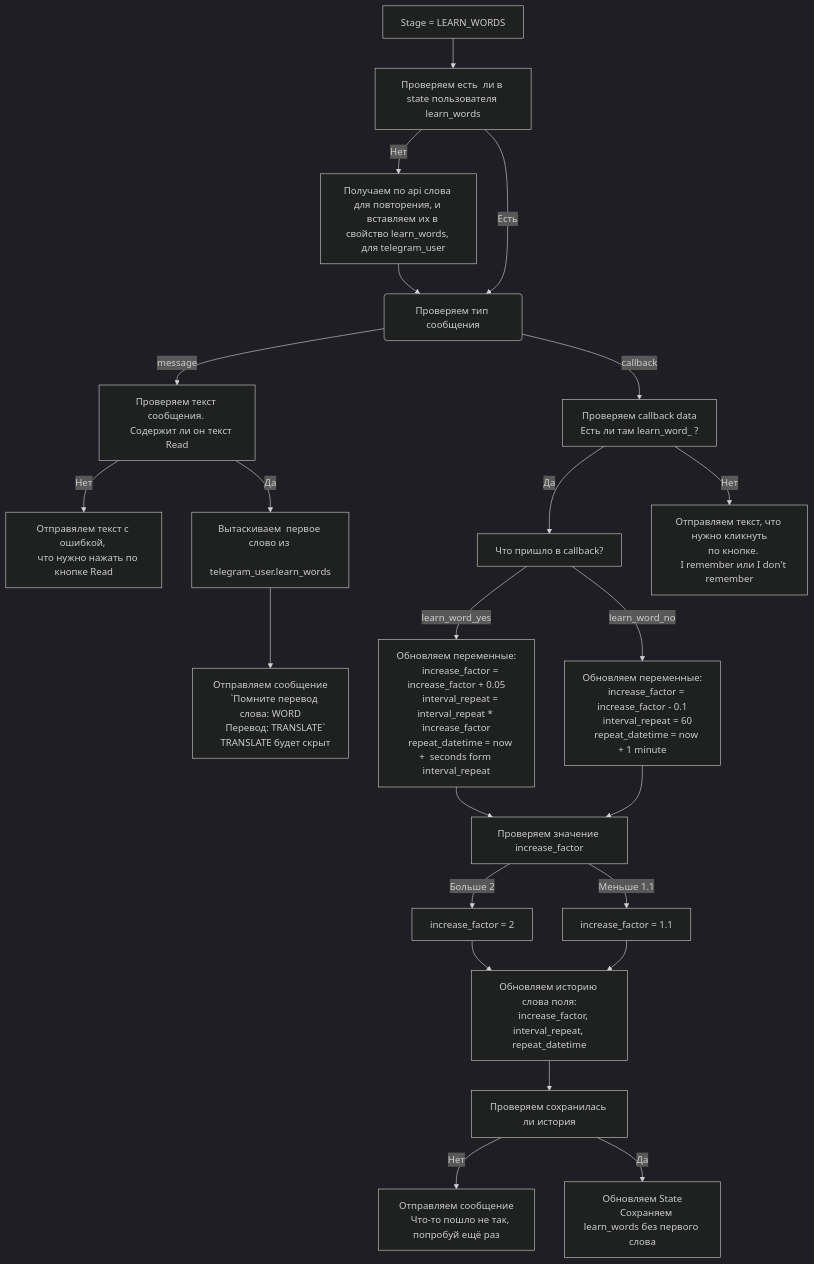
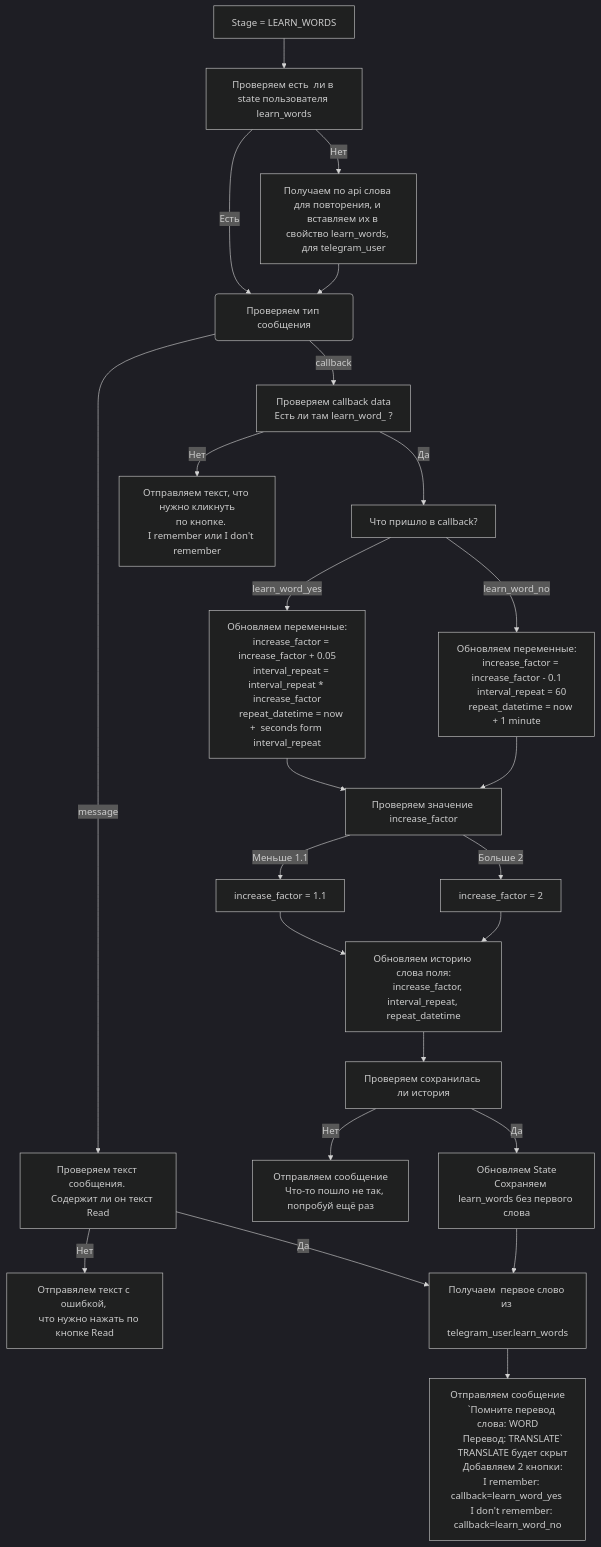
The diagram in documentation/leran_words.md (psgaiduk/learning_en_telegram_bot), drawn with Mermaid (dark theme) before and after one commit.

Commit message:
docs(documentation): update get_first_word in LEARN_WORDS

````diff
--- a/documentation/leran_words.md
+++ b/documentation/leran_words.md
@@ -1,54 +1,59 @@
 ```mermaid
 graph TD;
     start[Stage = LEARN_WORDS] --> check_state_words[Проверяем есть  ли в state пользователя learn_words];
     check_state_words-->|Нет| dont_have_words[
     Получаем по api слова для повторения, и 
     вставляем их в свойство learn_words, 
     для telegram_user
     ]
     check_state_words --> |Есть| check_type_message(Проверяем тип сообщения)
     dont_have_words --> check_type_message
-    check_type_message --> |message| check_test_message[Проверяем текст сообщения. 
+    check_type_message --> |message| check_text_message[Проверяем текст сообщения. 
     Содержит ли он текст Read]
     check_type_message --> |callback| check_callback_data[Проверяем callback data
     Есть ли там learn_word_ ?]
-    check_test_message --> |Нет| wrong_text_message[Отправялем текст с ошибкой, 
+    check_text_message --> |Нет| wrong_text_message[Отправялем текст с ошибкой, 
     что нужно нажать по кнопке Read]
-    check_test_message --> |Да| get_first_word[Вытаскиваем  первое слово из 
-    telegram_user.learn_words]
     check_callback_data --> |Да| check_callback_answer[Что пришло в callback?]
     check_callback_answer --> |learn_word_yes| remember_word[Обновляем переменные:
     increase_factor = increase_factor + 0.05
     interval_repeat = interval_repeat * increase_factor
     repeat_datetime = now +  seconds form interval_repeat]
     check_callback_answer --> |learn_word_no| dont_remember_word[Обновляем переменные:
     increase_factor = increase_factor - 0.1
     interval_repeat = 60
     repeat_datetime = now + 1 minute]
     remember_word --> check_increase_factor[Проверяем значение increase_factor]
     dont_remember_word --> check_increase_factor
     check_increase_factor --> |Больше 2| more_2_increase_factor[increase_factor = 2]
     check_increase_factor --> |Меньше 1.1| less_1.1_increase_factor[increase_factor = 1.1]
     less_1.1_increase_factor --> save_words_history
     more_2_increase_factor --> save_words_history[
     Обновляем историю слова поля:
     increase_factor, interval_repeat, repeat_datetime
     ]
     save_words_history --> check_save_words_history[Проверяем сохранилась ли история]
     check_save_words_history --> |Нет| bad_save_words_history[
     Отправляем сообщение
     Что-то пошло не так, попробуй ещё раз
     ]
     check_save_words_history --> |Да| good_save_words_history[
     Обновляем State
     Сохраняем learn_words без первого слова
     ]
     check_callback_data --> |Нет| wrong_callback_data[Отправляем текст, что нужно кликнуть
     по кнопке. 
     I remember или I don't remember]
-    get_first_word --> send_message[Отправляем сообщение
+    check_text_message --> |Да| get_first_word[Получаем  первое слово из 
+    telegram_user.learn_words]
+    good_save_words_history --> get_first_word
+        get_first_word --> send_message[
+        Отправляем сообщение
     `Помните перевод слова: WORD
     Перевод: TRANSLATE`
     TRANSLATE будет скрыт
+    Добавляем 2 кнопки:
+    I remember: callback=learn_word_yes 
+    I don't remember: callback=learn_word_no
     ]
 ```
````
